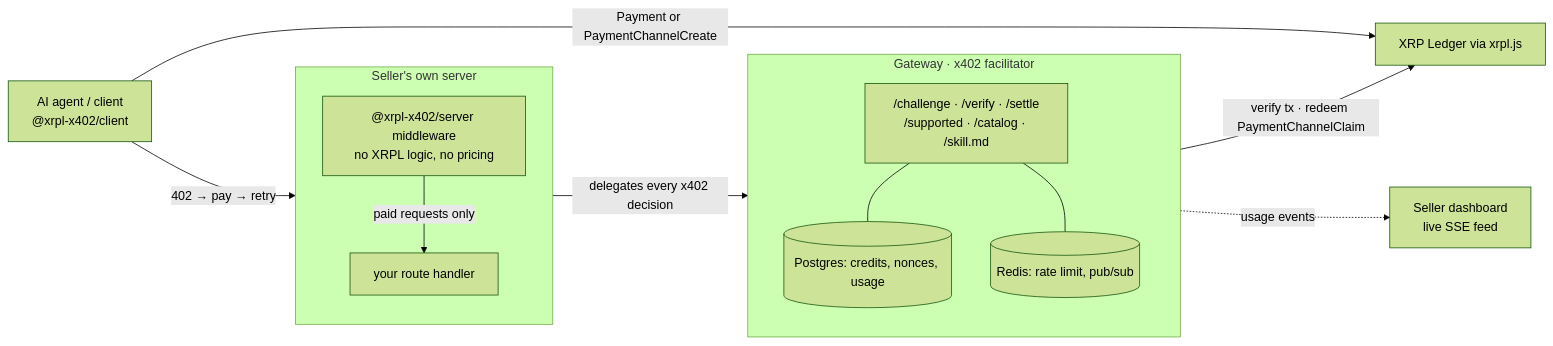
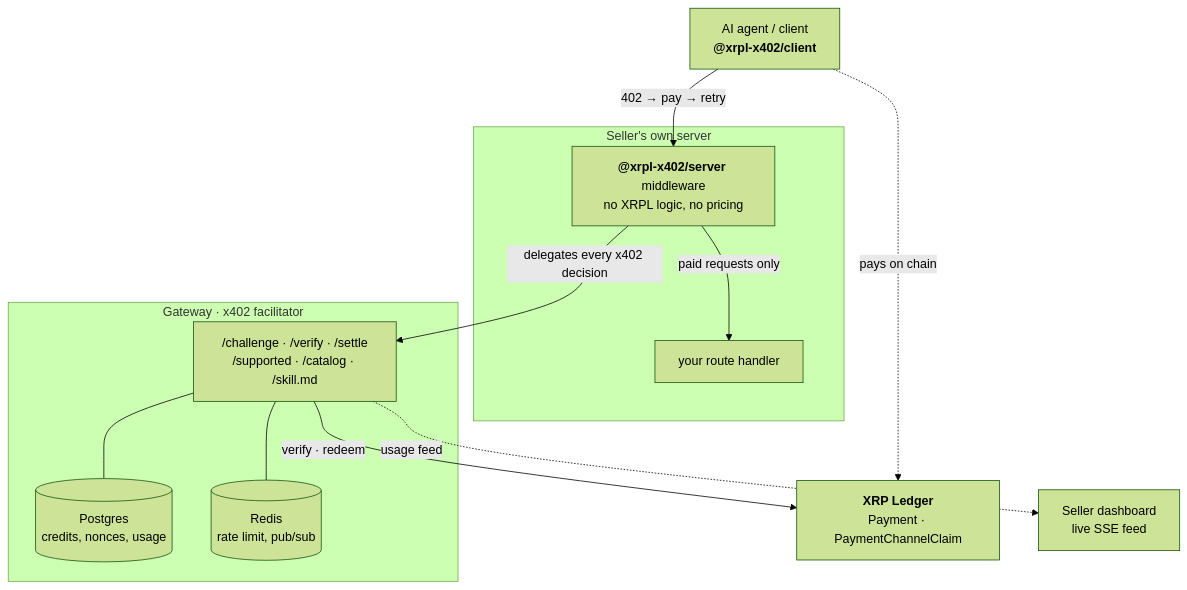
One commit to tekvyy/x402-xrpl changed the first of 2 diagrams in README.md. Above: the diagram before and after it, drawn with Mermaid (forest theme).

Commit message:
docs: lay the architecture diagram out top-down so GitHub can render it legibly
Scaled into GitHub's README column the wide LR flowchart shrank its labels to
the point of being unreadable, which defeated the purpose. Top-down fits the
column, so the text renders at full size.

Declaring the A → middleware → gateway → ledger spine before the side branches
keeps the main path running straight down instead of doubling back, and the two
gateway output labels are shortened so they no longer collide.

Verified by rendering the README's mermaid blocks verbatim at GitHub's column
width: both parse and lay out cleanly.

````diff
--- a/README.md
+++ b/README.md
@@ -39,29 +39,30 @@
 ```mermaid
-flowchart LR
-    A["AI agent / client<br/>@xrpl-x402/client"]
+flowchart TB
+    A["AI agent / client<br/><b>@xrpl-x402/client</b>"]
 
     subgraph SELLER["Seller's own server"]
-        direction TB
-        M["@xrpl-x402/server middleware<br/>no XRPL logic, no pricing"]
+        M["<b>@xrpl-x402/server</b> middleware<br/>no XRPL logic, no pricing"]
         H["your route handler"]
-        M -->|"paid requests only"| H
     end
 
     subgraph GW["Gateway · x402 facilitator"]
-        direction TB
         F["/challenge · /verify · /settle<br/>/supported · /catalog · /skill.md"]
-        P[("Postgres: credits, nonces, usage")]
-        R[("Redis: rate limit, pub/sub")]
-        F --- P
-        F --- R
+        P[("Postgres<br/>credits, nonces, usage")]
+        R[("Redis<br/>rate limit, pub/sub")]
     end
 
-    L["XRP Ledger via xrpl.js"]
+    L["<b>XRP Ledger</b><br/>Payment · PaymentChannelClaim"]
     D["Seller dashboard<br/>live SSE feed"]
 
+    %% Main spine, declared first so the layout runs straight down.
     A -->|"402 → pay → retry"| M
     M -->|"delegates every x402 decision"| F
-    A -->|"Payment or PaymentChannelCreate"| L
-    F -->|"verify tx · redeem PaymentChannelClaim"| L
-    F -.->|"usage events"| D
+    F -->|"verify · redeem"| L
+
+    %% Side branches.
+    M -->|"paid requests only"| H
+    A -.->|"pays on chain"| L
+    F --- P
+    F --- R
+    F -.->|"usage feed"| D
 ```
````
